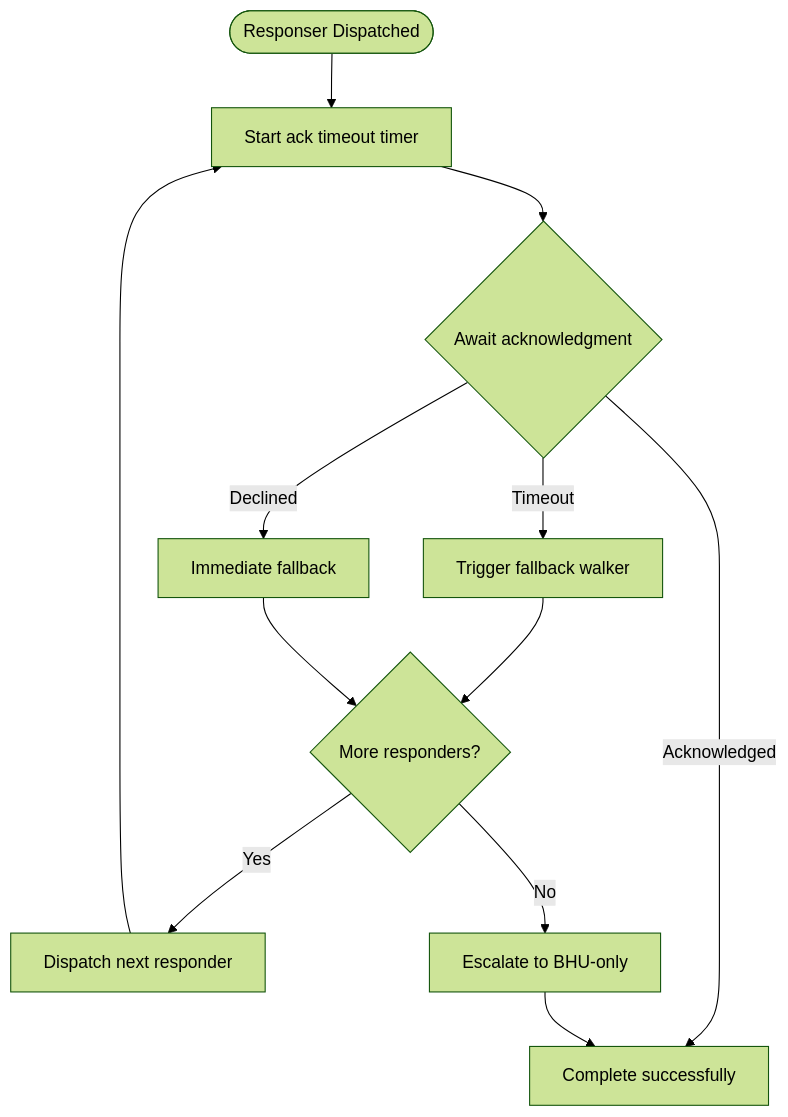
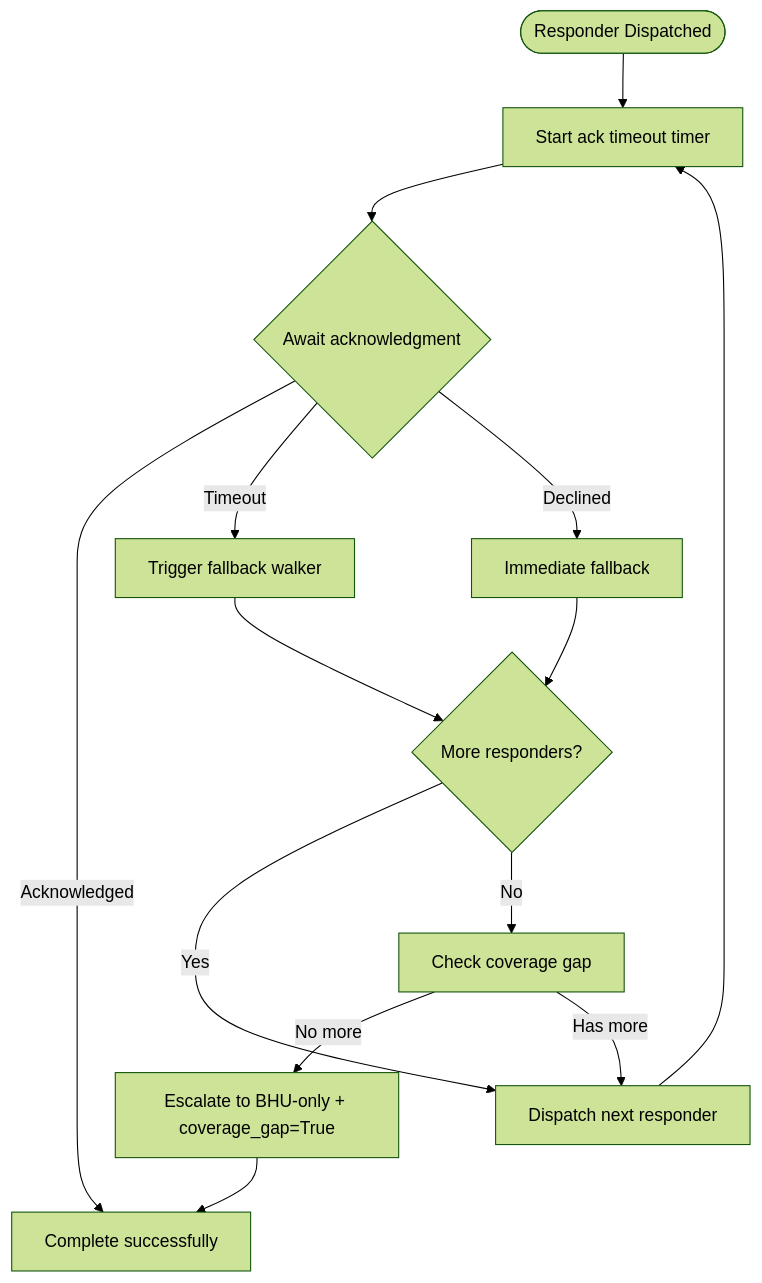
Before and after one commit to M-Rumman/LifeLine-Ride: the seventh of 9 diagrams in .qoder/repowiki/en/content/Matching & Dispatch Engine.md, drawn with Mermaid (forest theme). The commit also changed other lines of this file and 4121 other files, not shown here.

````diff
--- a/.qoder/repowiki/en/content/Matching & Dispatch Engine.md
+++ b/.qoder/repowiki/en/content/Matching & Dispatch Engine.md
@@ -250,14 +330,16 @@
 ```mermaid
 flowchart TD
-Start(["Responser Dispatched"]) --> StartTimer["Start ack timeout timer"]
+Start(["Responder Dispatched"]) --> StartTimer["Start ack timeout timer"]
 StartTimer --> WaitAck{"Await acknowledgment"}
 WaitAck --> |Acknowledged| Complete["Complete successfully"]
 WaitAck --> |Timeout| Fallback["Trigger fallback walker"]
 WaitAck --> |Declined| ImmediateFallback["Immediate fallback"]
 Fallback --> CheckNext{"More responders?"}
 ImmediateFallback --> CheckNext
 CheckNext --> |Yes| NextResponder["Dispatch next responder"]
-CheckNext --> |No| EscalateBHU["Escalate to BHU-only"]
+CheckNext --> |No| CheckCoverage["Check coverage gap"]
+CheckCoverage --> |No more| EscalateBHU["Escalate to BHU-only + coverage_gap=True"]
+CheckCoverage --> |Has more| NextResponder
 NextResponder --> StartTimer
 EscalateBHU --> Complete
 ```
````
